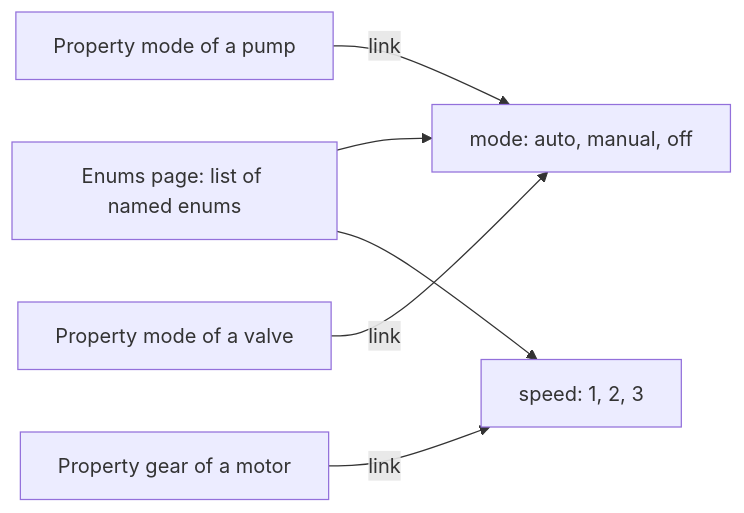
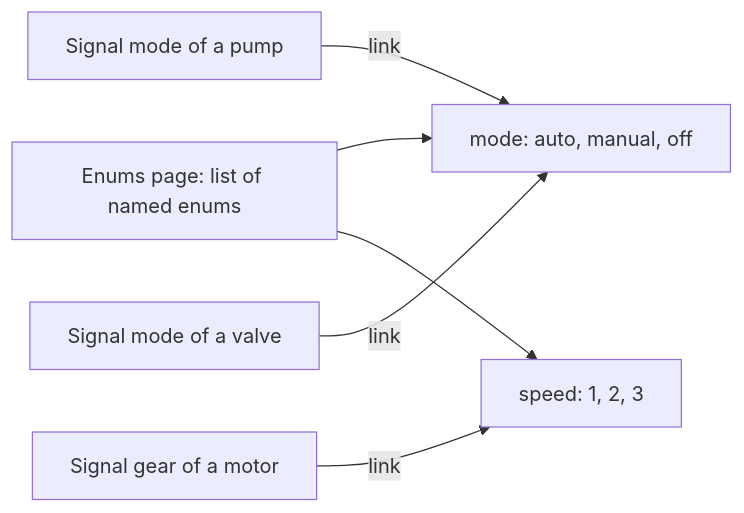
The first of 2 diagrams in metadata/06-enums.md (AlexandreGallais/synoptic-studio-spec), drawn with Mermaid before and after one commit. The commit also changed other lines of this file and 18 other files, not shown here.

````diff
--- a/metadata/06-enums.md
+++ b/metadata/06-enums.md
@@ -19,8 +19,8 @@
 ```mermaid
 flowchart LR
     P["Enums page: list of named enums"] --> E1["mode: auto, manual, off"]
     P --> E2["speed: 1, 2, 3"]
-    A["Property mode of a pump"] -->|"link"| E1
-    B["Property mode of a valve"] -->|"link"| E1
-    C["Property gear of a motor"] -->|"link"| E2
+    A["Signal mode of a pump"] -->|"link"| E1
+    B["Signal mode of a valve"] -->|"link"| E1
+    C["Signal gear of a motor"] -->|"link"| E2
 ```
````
